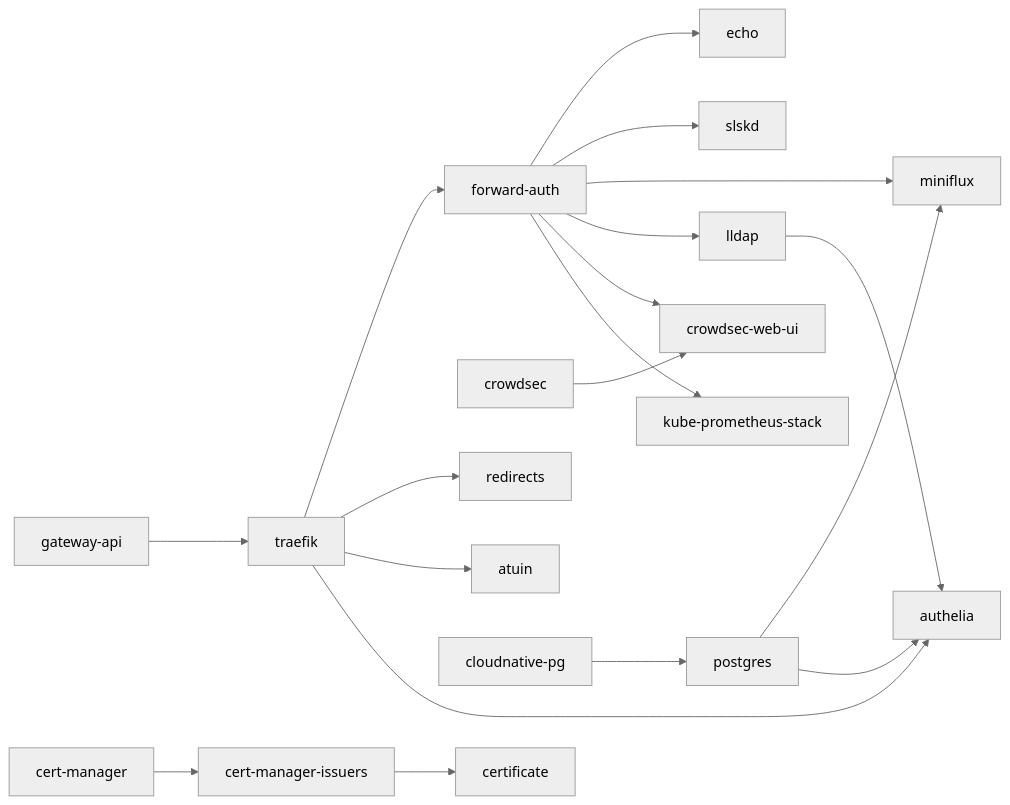
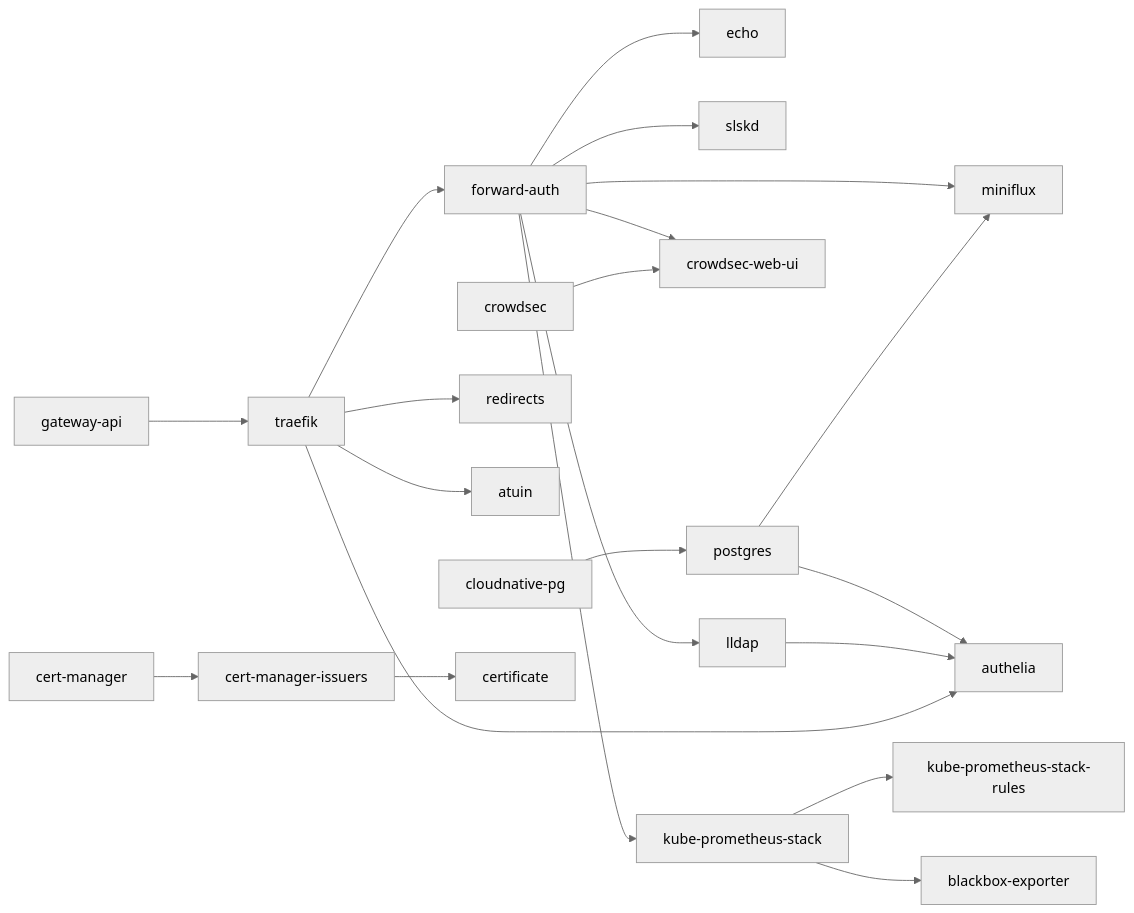
One commit to rafi/machines changed the third of 5 diagrams in docs/architecture.md. Above: the diagram before and after it, drawn with Mermaid (neutral theme). The commit also changed other lines of this file and 4 other files, not shown here.

````diff
--- a/docs/architecture.md
+++ b/docs/architecture.md
@@ -143,10 +143,11 @@
 ```mermaid
 flowchart LR
   gw["gateway-api"] --> traefik --> fa["forward-auth"] --> echo & slskd & miniflux & lldap & webui["crowdsec-web-ui"] & kps["kube-prometheus-stack"]
+  kps --> rules["kube-prometheus-stack-rules"] & bbe["blackbox-exporter"]
   crowdsec --> webui
   traefik --> redirects & atuin
   cnpg["cloudnative-pg"] --> postgres --> miniflux & authelia
   lldap --> authelia
   traefik --> authelia
   cm["cert-manager"] --> issuers["cert-manager-issuers"] --> certificate
 ```
````
